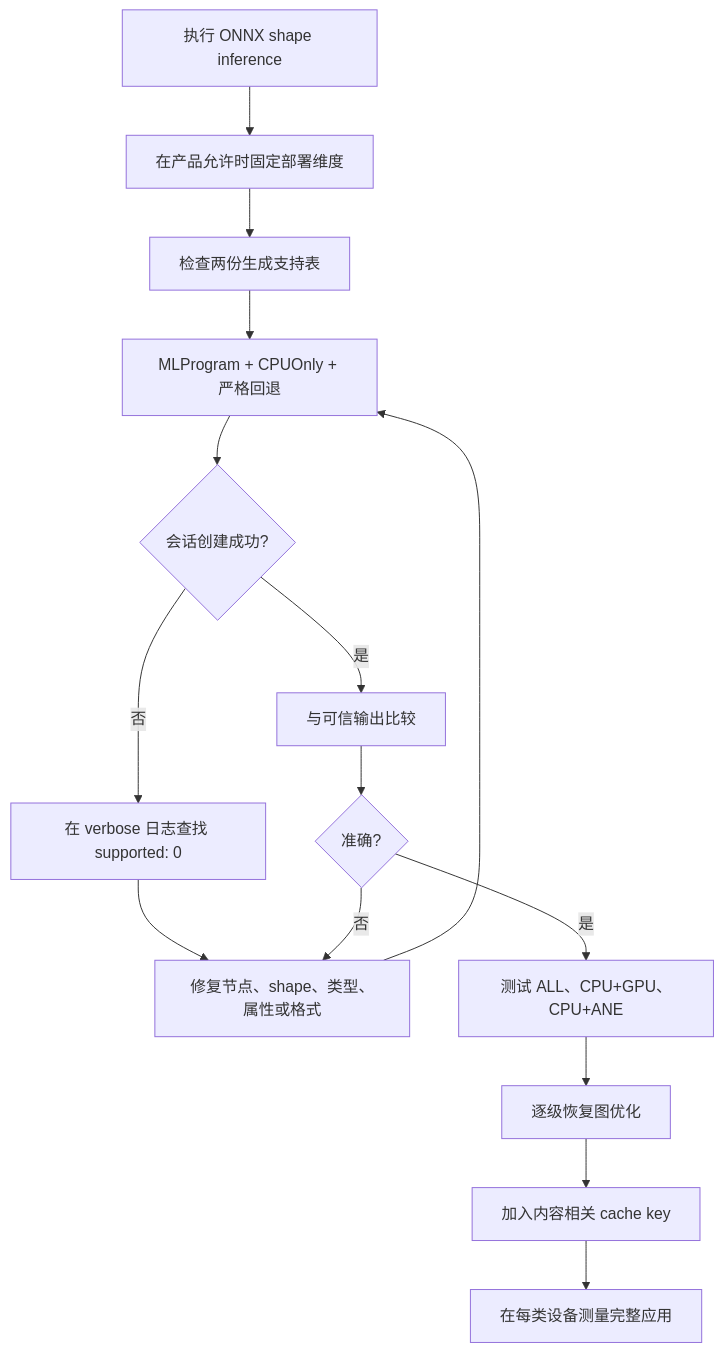
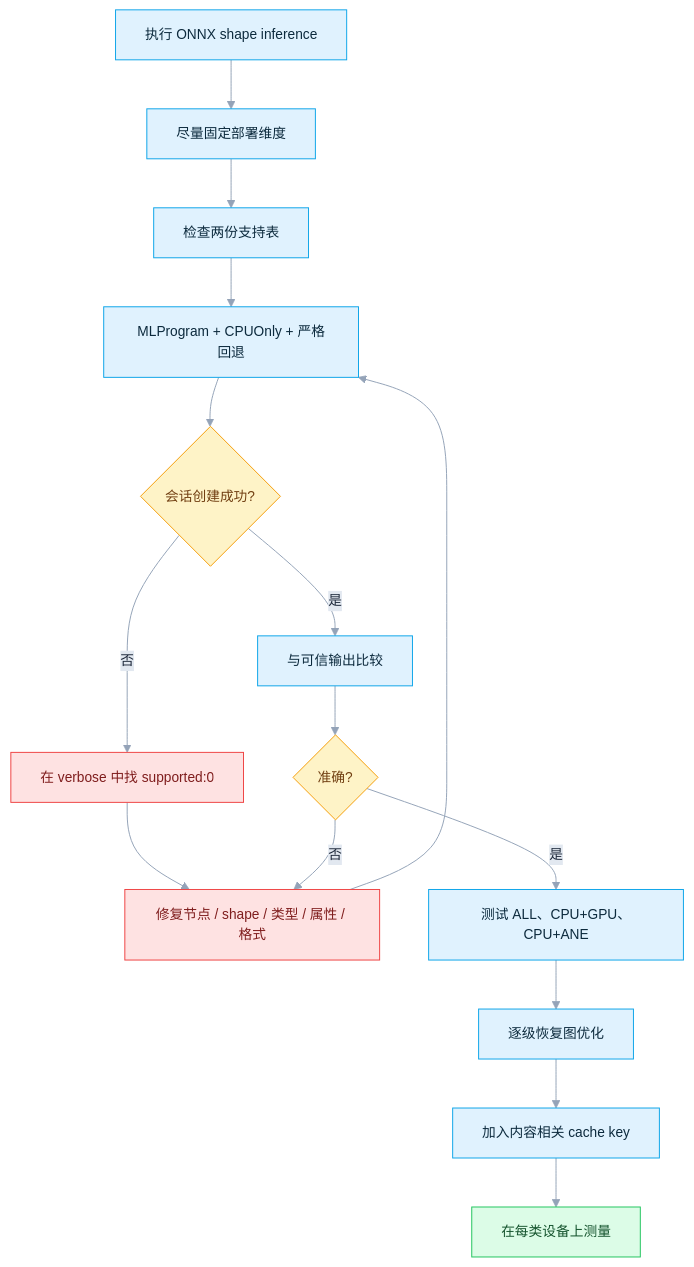
The ninth of 12 diagrams in Apple/README.zh-CN.md (DakeQQ/Tutorial-ONNX-Runtime-Execution-Providers), drawn with Mermaid before and after one commit. The commit also changed other lines of this file and 15 other files, not shown here.

````diff
--- a/Apple/README.zh-CN.md
+++ b/Apple/README.zh-CN.md
@@ -381,17 +504,26 @@
 ```mermaid
+%%{init: {"theme":"base","themeVariables":{"fontSize":"14px","lineColor":"#94a3b8","edgeLabelBackground":"#e2e8f0","primaryTextColor":"#1e293b"}}}%%
 flowchart TD
-  A[执行 ONNX shape inference] --> B[在产品允许时固定部署维度]
-  B --> C[检查两份生成支持表]
-  C --> D[MLProgram + CPUOnly + 严格回退]
-  D --> E{会话创建成功?}
-  E -->|否| F[在 verbose 日志查找 supported: 0]
-  F --> G[修复节点、shape、类型、属性或格式]
+  A["执行 ONNX shape inference"] --> B["尽量固定部署维度"]
+  B --> C["检查两份支持表"]
+  C --> D["MLProgram + CPUOnly + 严格回退"]
+  D --> E{"会话创建成功?"}
+  E -->|否| F["在 verbose 中找 supported:0"]
+  F --> G["修复节点 / shape / 类型 / 属性 / 格式"]
   G --> D
-  E -->|是| H[与可信输出比较]
-  H --> I{准确?}
+  E -->|是| H["与可信输出比较"]
+  H --> I{"准确?"}
   I -->|否| G
-  I -->|是| J[测试 ALL、CPU+GPU、CPU+ANE]
-  J --> K[逐级恢复图优化]
-  K --> L[加入内容相关 cache key]
-  L --> M[在每类设备测量完整应用]
+  I -->|是| J["测试 ALL、CPU+GPU、CPU+ANE"]
+  J --> K["逐级恢复图优化"]
+  K --> L["加入内容相关 cache key"]
+  L --> M["在每类设备上测量"]
+  classDef step fill:#e0f2fe,stroke:#0ea5e9,color:#0c2a3d;
+  classDef dec fill:#fef3c7,stroke:#f59e0b,color:#713f12;
+  classDef good fill:#dcfce7,stroke:#22c55e,color:#14532d;
+  classDef bad fill:#fee2e2,stroke:#ef4444,color:#7f1d1d;
+  class A,B,C,D,H,J,K,L step;
+  class E,I dec;
+  class M good;
+  class F,G bad;
 ```
````
